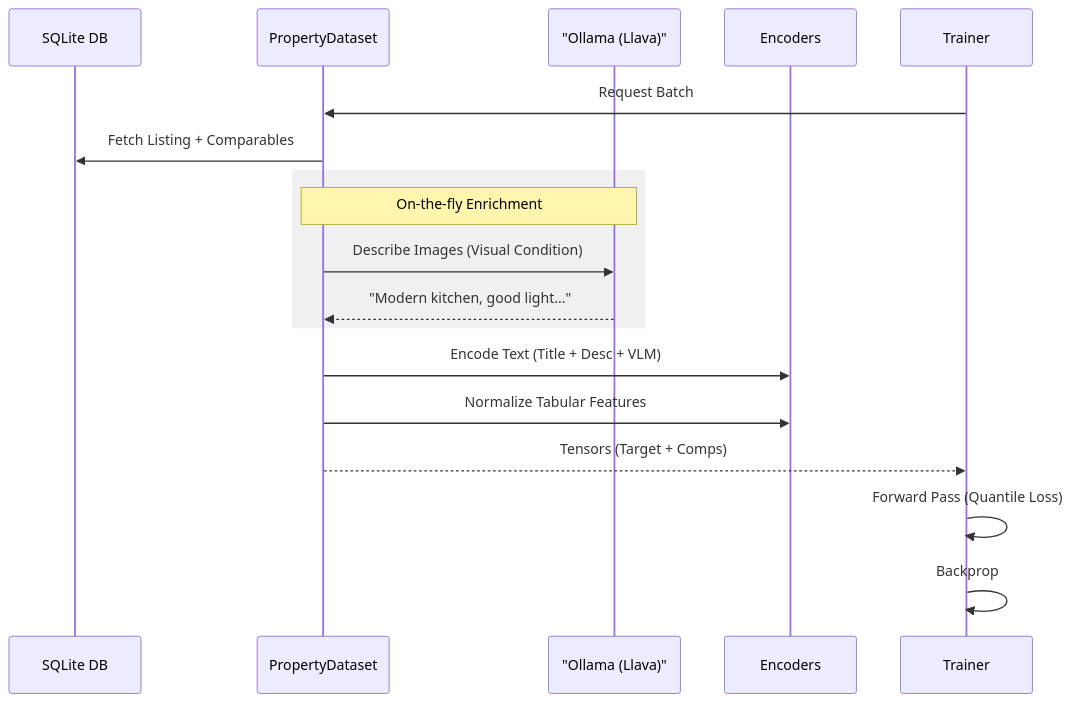
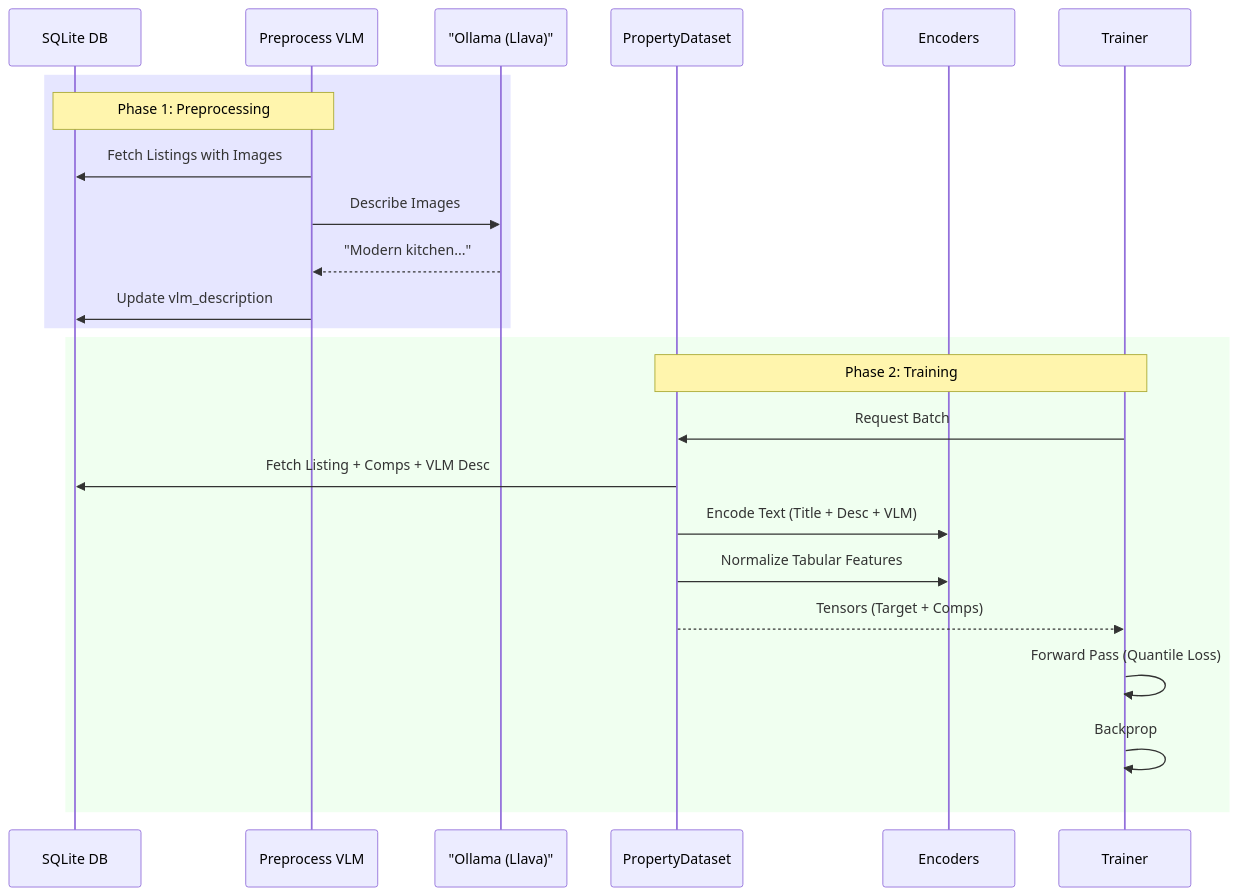
One commit to Nirtzur0/PropertyScanner changed the second of 2 diagrams in docs/02_data_pipeline.md. Above: the diagram before and after it, drawn with Mermaid. The commit also changed other lines of this file and 3 other files, not shown here.

````diff
--- a/docs/02_data_pipeline.md
+++ b/docs/02_data_pipeline.md
@@ -38,24 +40,30 @@
 ```mermaid
 sequenceDiagram
     participant DB as SQLite DB
+    participant VLM_Script as Preprocess VLM
+    participant VLM as "Ollama (Llava)"
     participant DS as PropertyDataset
-    participant VLM as "Ollama (Llava)"
     participant Enc as Encoders
     participant Train as Trainer
 
-    Train->>DS: Request Batch
-    DS->>DB: Fetch Listing + Comparables
-    
-    rect rgb(240, 240, 240)
-        Note over DS, VLM: On-the-fly Enrichment
-        DS->>VLM: Describe Images (Visual Condition)
-        VLM-->>DS: "Modern kitchen, good light..."
+    rect rgb(230, 230, 255)
+        Note over VLM_Script, DB: Phase 1: Preprocessing
+        VLM_Script->>DB: Fetch Listings with Images
+        VLM_Script->>VLM: Describe Images
+        VLM-->>VLM_Script: "Modern kitchen..."
+        VLM_Script->>DB: Update vlm_description
     end
-    
-    DS->>Enc: Encode Text (Title + Desc + VLM)
-    DS->>Enc: Normalize Tabular Features
-    
-    DS-->>Train: Tensors (Target + Comps)
-    Train->>Train: Forward Pass (Quantile Loss)
-    Train->>Train: Backprop
+
+    rect rgb(240, 255, 240)
+        Note over Train, DS: Phase 2: Training
+        Train->>DS: Request Batch
+        DS->>DB: Fetch Listing + Comps + VLM Desc
+
+        DS->>Enc: Encode Text (Title + Desc + VLM)
+        DS->>Enc: Normalize Tabular Features
+
+        DS-->>Train: Tensors (Target + Comps)
+        Train->>Train: Forward Pass (Quantile Loss)
+        Train->>Train: Backprop
+    end
 ```
````
